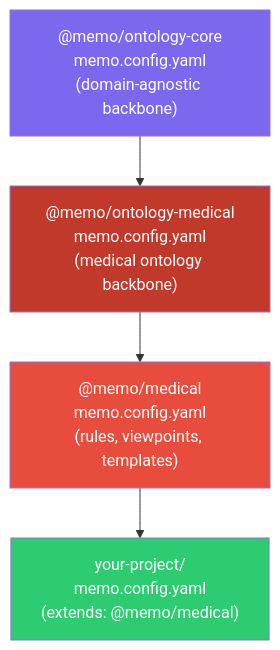
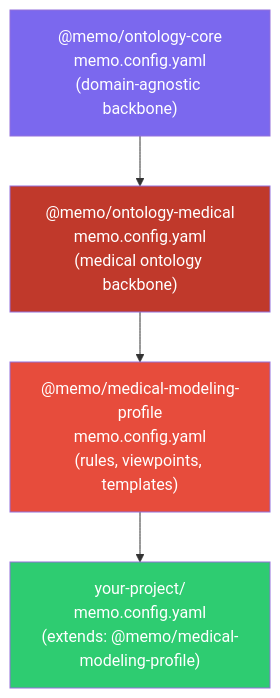
The diagram in docs/design/configuration.md (memoarchitect/memo-architect), drawn with Mermaid before and after one commit. The commit also changed other lines of this file and 31 other files, not shown here.

Commit message:
Rename medical package to modeling profile

````diff
--- a/docs/design/configuration.md
+++ b/docs/design/configuration.md
@@ -7,11 +7,11 @@
 ```mermaid
 graph TD
     Core["@memo/ontology-core<br/>memo.config.yaml<br/>(domain-agnostic backbone)"] --> MedicalOntology["@memo/ontology-medical<br/>memo.config.yaml<br/>(medical ontology backbone)"]
-    MedicalOntology --> Medical["@memo/medical<br/>memo.config.yaml<br/>(rules, viewpoints, templates)"]
-    Medical --> Project["your-project/<br/>memo.config.yaml<br/>(extends: @memo/medical)"]
+    MedicalOntology --> Medical["@memo/medical-modeling-profile<br/>memo.config.yaml<br/>(rules, viewpoints, templates)"]
+    Medical --> Project["your-project/<br/>memo.config.yaml<br/>(extends: @memo/medical-modeling-profile)"]
 
     style Core fill:#7B68EE,color:#fff
     style MedicalOntology fill:#C0392B,color:#fff
     style Medical fill:#E74C3C,color:#fff
     style Project fill:#2ECC71,color:#fff
 ```
````
